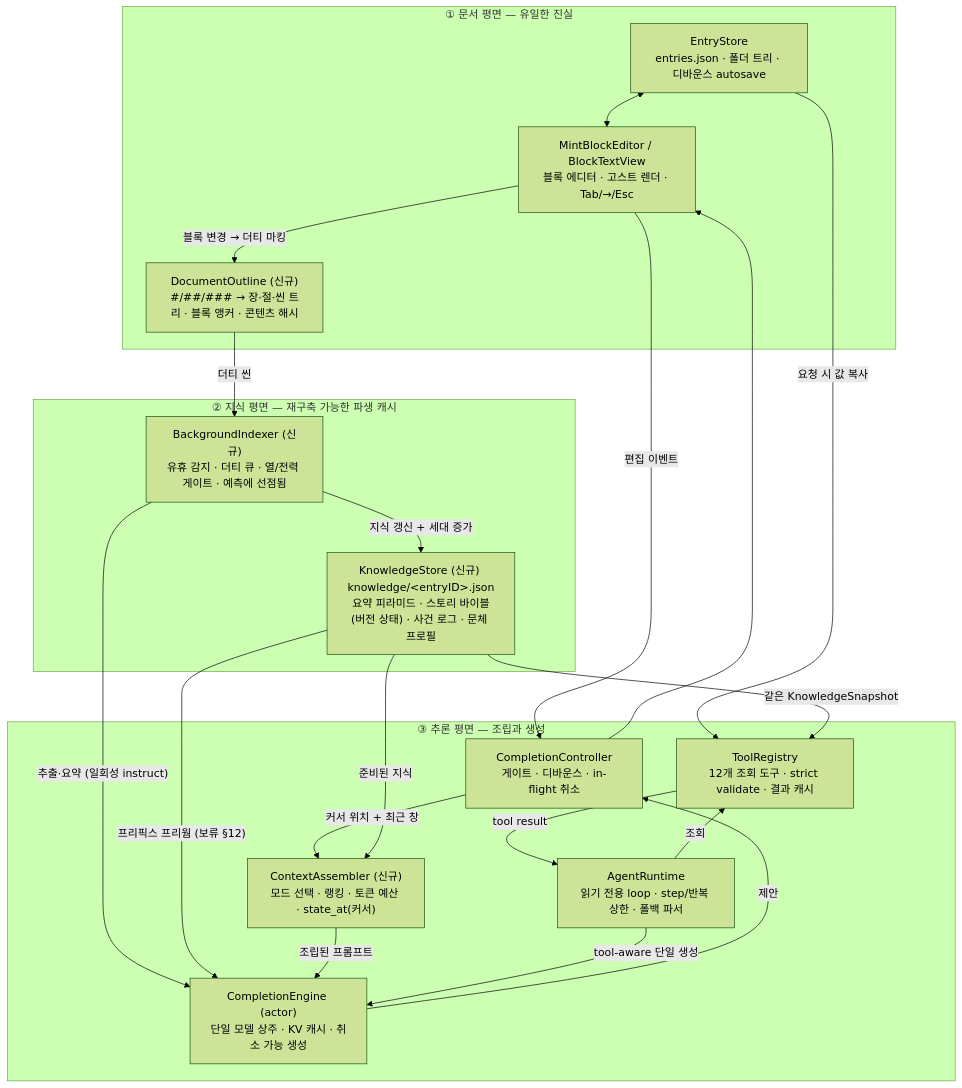
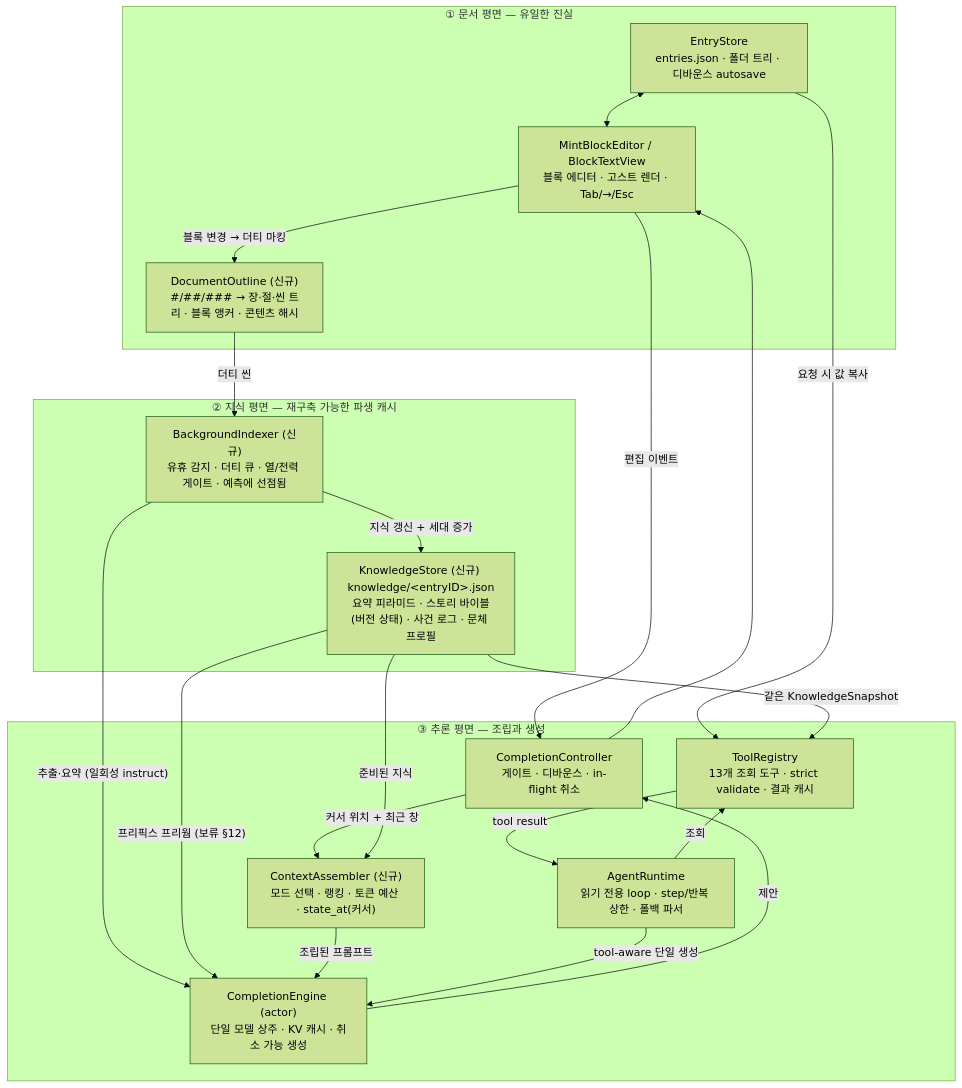
Before and after one commit to sorbetsharkroundhand/MINT: the diagram in PLAN.md, drawn with Mermaid (forest theme). The commit also changed other lines of this file and 34 other files, not shown here.

````diff
--- a/PLAN.md
+++ b/PLAN.md
@@ -75,35 +75,35 @@
 ```mermaid
 flowchart TD
     subgraph DOC["① 문서 평면 — 유일한 진실"]
         BE["MintBlockEditor / BlockTextView<br/>블록 에디터 · 고스트 렌더 · Tab/→/Esc"]
         ES["EntryStore<br/>entries.json · 폴더 트리 · 디바운스 autosave"]
         OL["DocumentOutline (신규)<br/>#/##/### → 장·절·씬 트리 · 블록 앵커 · 콘텐츠 해시"]
     end
     subgraph KNOW["② 지식 평면 — 재구축 가능한 파생 캐시"]
         BI["BackgroundIndexer (신규)<br/>유휴 감지 · 더티 큐 · 열/전력 게이트 · 예측에 선점됨"]
         KS["KnowledgeStore (신규) knowledge/&lt;entryID&gt;.json<br/>요약 피라미드 · 스토리 바이블(버전 상태) · 사건 로그 · 문체 프로필"]
     end
     subgraph INF["③ 추론 평면 — 조립과 생성"]
         CC["CompletionController<br/>게이트 · 디바운스 · in-flight 취소"]
         CA["ContextAssembler (신규)<br/>모드 선택 · 랭킹 · 토큰 예산 · state_at(커서)"]
         CE["CompletionEngine (actor)<br/>단일 모델 상주 · KV 캐시 · 취소 가능 생성"]
         AR["AgentRuntime<br/>읽기 전용 loop · step/반복 상한 · 폴백 파서"]
-        TR["ToolRegistry<br/>12개 조회 도구 · strict validate · 결과 캐시"]
+        TR["ToolRegistry<br/>13개 조회 도구 · strict validate · 결과 캐시"]
     end
 
     BE -->|"편집 이벤트"| CC
     BE -->|"블록 변경 → 더티 마킹"| OL
     OL -->|"더티 씬"| BI
     BI -->|"추출·요약 (일회성 instruct)"| CE
     BI -->|"지식 갱신 + 세대 증가"| KS
     KS -->|"프리픽스 프리웜 (보류 §12)"| CE
     CC -->|"커서 위치 + 최근 창"| CA
     KS -->|"준비된 지식"| CA
     CA -->|"조립된 프롬프트"| CE
     CE -->|"제안"| CC --> BE
     ES -->|"요청 시 값 복사"| TR
     KS -->|"같은 KnowledgeSnapshot"| TR
     AR -->|"조회"| TR -->|"tool result"| AR
     AR -->|"tool-aware 단일 생성"| CE
     ES <--> BE
 ```
````
